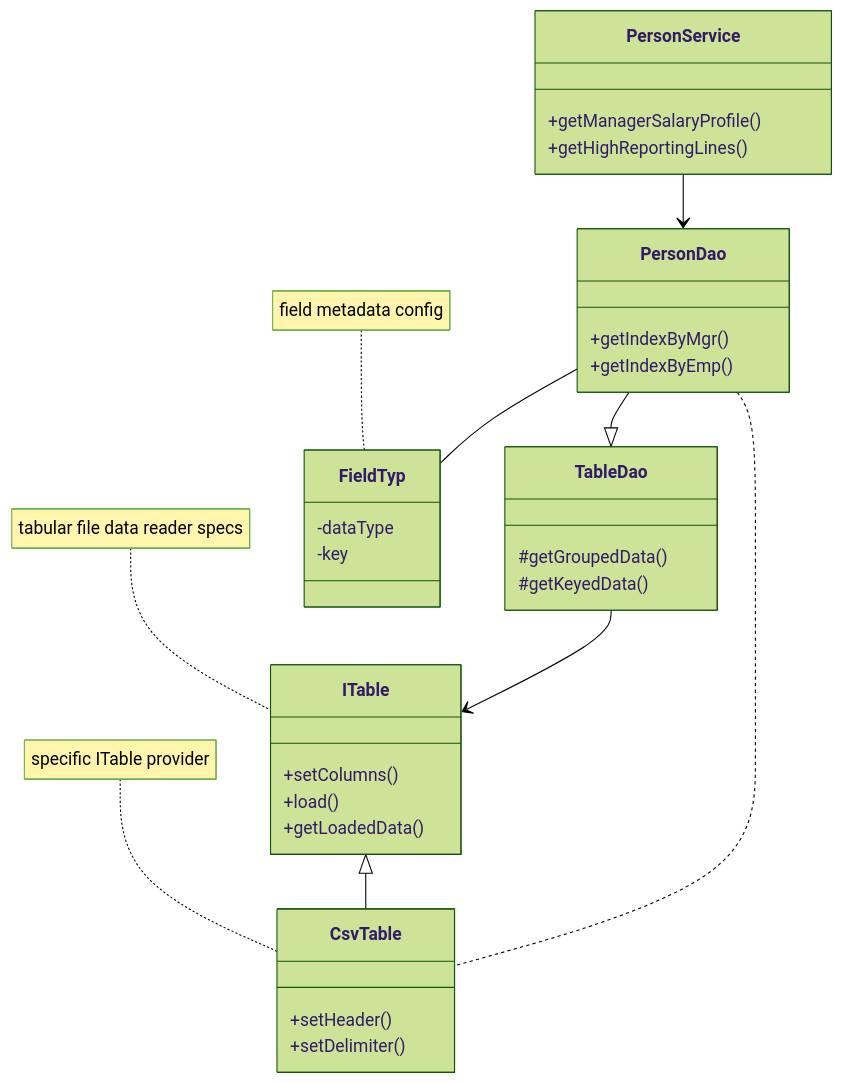
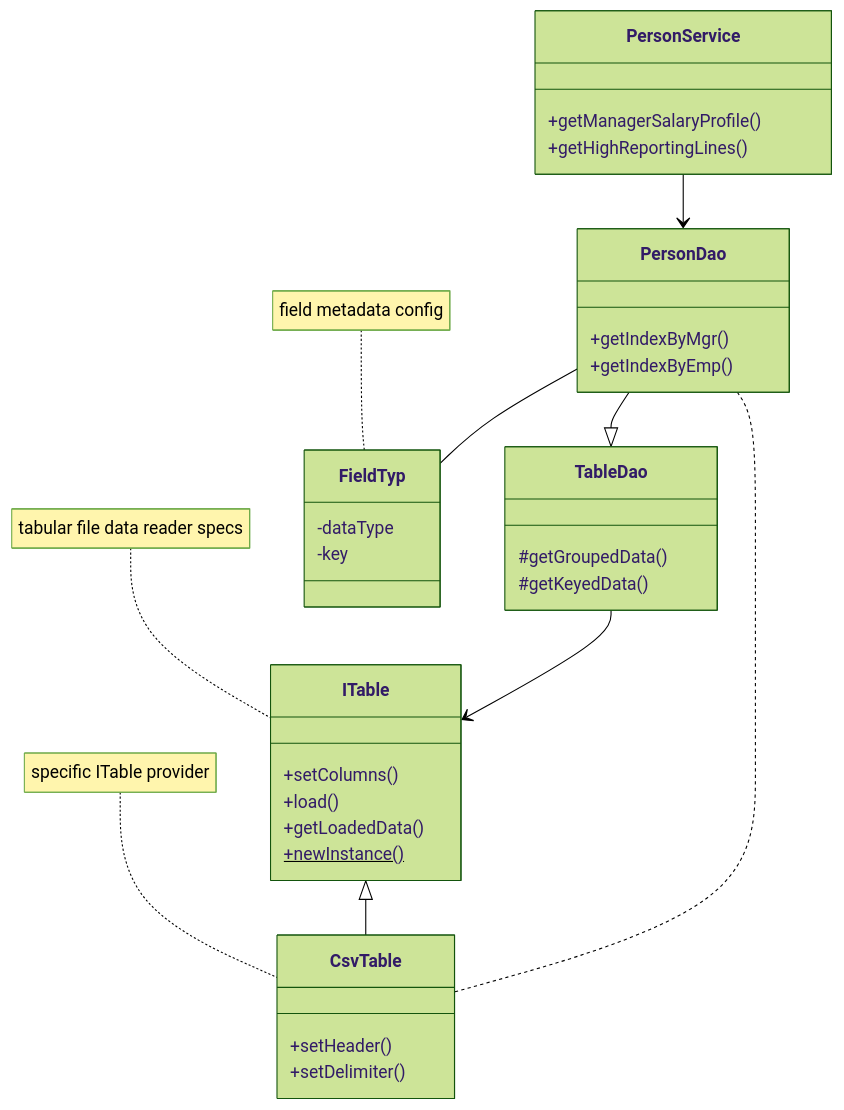
One commit to javanotes/big-reports changed the diagram in README.md. Above: the diagram before and after it, drawn with Mermaid (forest theme). The commit also changed other lines of this file, not shown here.

First line of the commit message:
Revise README section from 'Class Diagram' to 'Design'

````diff
--- a/README.md
+++ b/README.md
@@ -6,40 +6,41 @@
 ```mermaid
   classDiagram
     ITable <|-- CsvTable
     TableDao --> ITable
     PersonDao --|> TableDao
     PersonDao .. CsvTable
     PersonDao -- FieldTyp
     PersonService --> PersonDao
     note for FieldTyp "field metadata config"
     note for ITable "tabular file data reader specs"
     note for CsvTable "specific ITable provider"
     
     class ITable{
         +setColumns()
         +load()
         +getLoadedData()
+        +newInstance()$
     }
     class CsvTable{
         +setHeader()
         +setDelimiter()
        
     }
 class TableDao{
   #getGroupedData()
   #getKeyedData()
 }
 class PersonDao{
   +getIndexByMgr()
   +getIndexByEmp()
 }
 class PersonService{
   +getManagerSalaryProfile()
   +getHighReportingLines()
 }
 class FieldTyp{
   -dataType
   -key
 }
     
 ```
````
